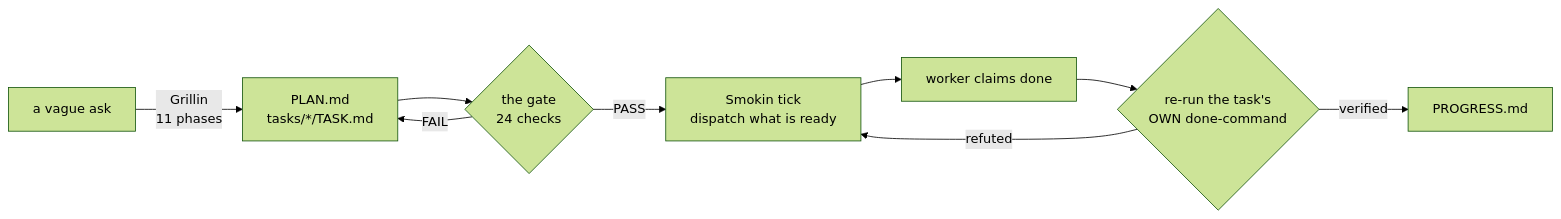
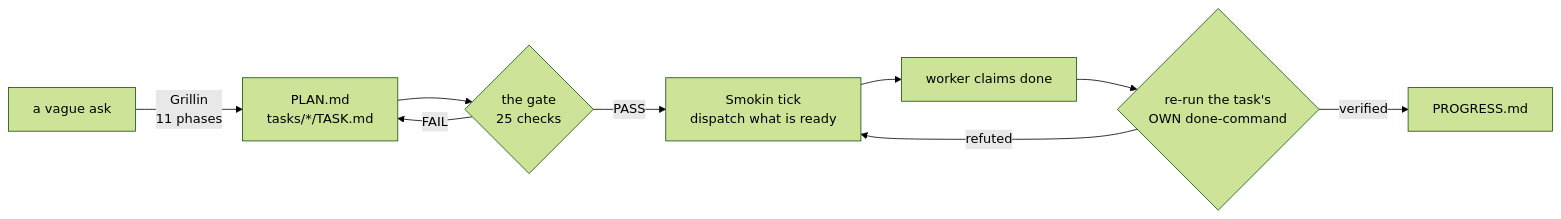
The diagram in README.md (Zyn-tari/Grillin), drawn with Mermaid (forest theme) before and after one commit. The commit also changed other lines of this file and 3 other files, not shown here.

````diff
--- a/README.md
+++ b/README.md
@@ -151,11 +151,11 @@
 ```mermaid
 flowchart LR
   A["a vague ask"] -->|Grillin<br/>11 phases| B["PLAN.md<br/>tasks/*/TASK.md"]
-  B --> C{"the gate<br/>24 checks"}
+  B --> C{"the gate<br/>25 checks"}
   C -->|FAIL| B
   C -->|PASS| D["Smokin tick<br/>dispatch what is ready"]
   D --> E["worker claims done"]
   E --> F{"re-run the task's<br/>OWN done-command"}
   F -->|refuted| D
   F -->|verified| G["PROGRESS.md"]
 ```
````
